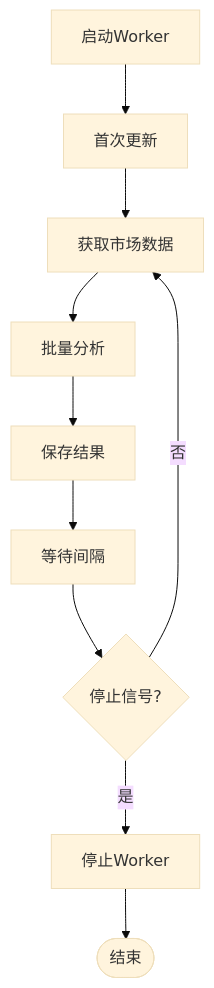
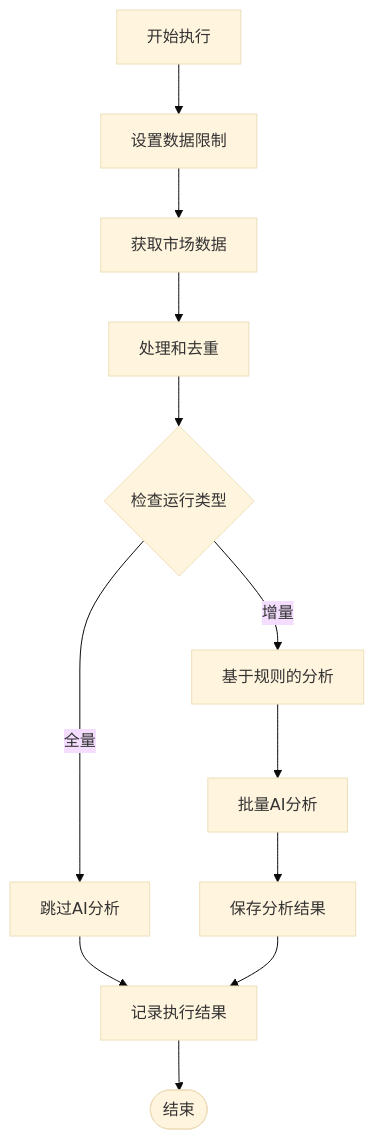
Before and after one commit to joezxh/QuantDinger: the eighth of 12 diagrams in .qoder/repowiki/zh/content/数据管理系统/数据源适配器/Polymarket预测市场数据集成.md, drawn with Mermaid (base theme). The commit also changed other lines of this file and 71 other files, not shown here.

````diff
--- a/.qoder/repowiki/zh/content/数据管理系统/数据源适配器/Polymarket预测市场数据集成.md
+++ b/.qoder/repowiki/zh/content/数据管理系统/数据源适配器/Polymarket预测市场数据集成.md
@@ -280,12 +364,14 @@
 ```mermaid
 flowchart TD
-StartWorker[启动Worker] --> FirstUpdate[首次更新]
-FirstUpdate --> FetchMarkets[获取市场数据]
-FetchMarkets --> BatchAnalyze[批量分析]
-BatchAnalyze --> SaveResults[保存结果]
-SaveResults --> WaitInterval[等待间隔]
-WaitInterval --> CheckStop{停止信号?}
-CheckStop --> |否| FetchMarkets
-CheckStop --> |是| StopWorker[停止Worker]
-StopWorker --> End([结束])
+StartExecute[开始执行] --> SetLimit[设置数据限制]
+SetLimit --> FetchMarkets[获取市场数据]
+FetchMarkets --> ProcessData[处理和去重]
+ProcessData --> CheckRunType{检查运行类型}
+CheckRunType --> |增量| RuleBasedAnalysis[基于规则的分析]
+CheckRunType --> |全量| SkipAnalysis[跳过AI分析]
+RuleBasedAnalysis --> BatchAnalyze[批量AI分析]
+BatchAnalyze --> SaveResults[保存分析结果]
+SkipAnalysis --> LogResults[记录执行结果]
+SaveResults --> LogResults
+LogResults --> End([结束])
 ```
````
